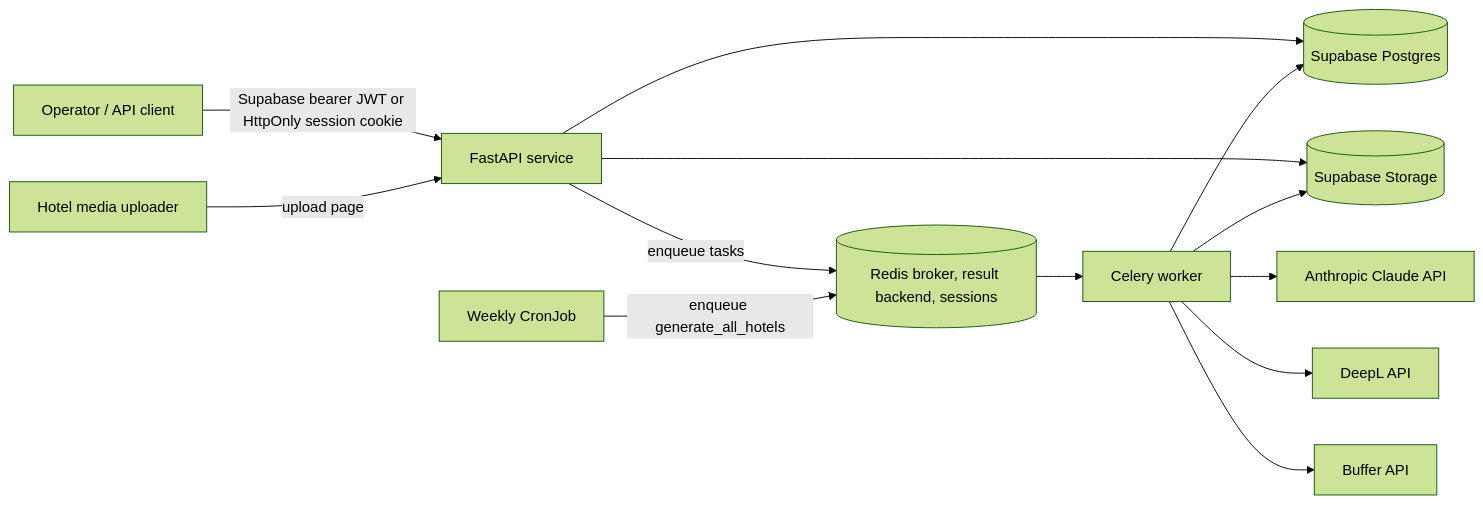
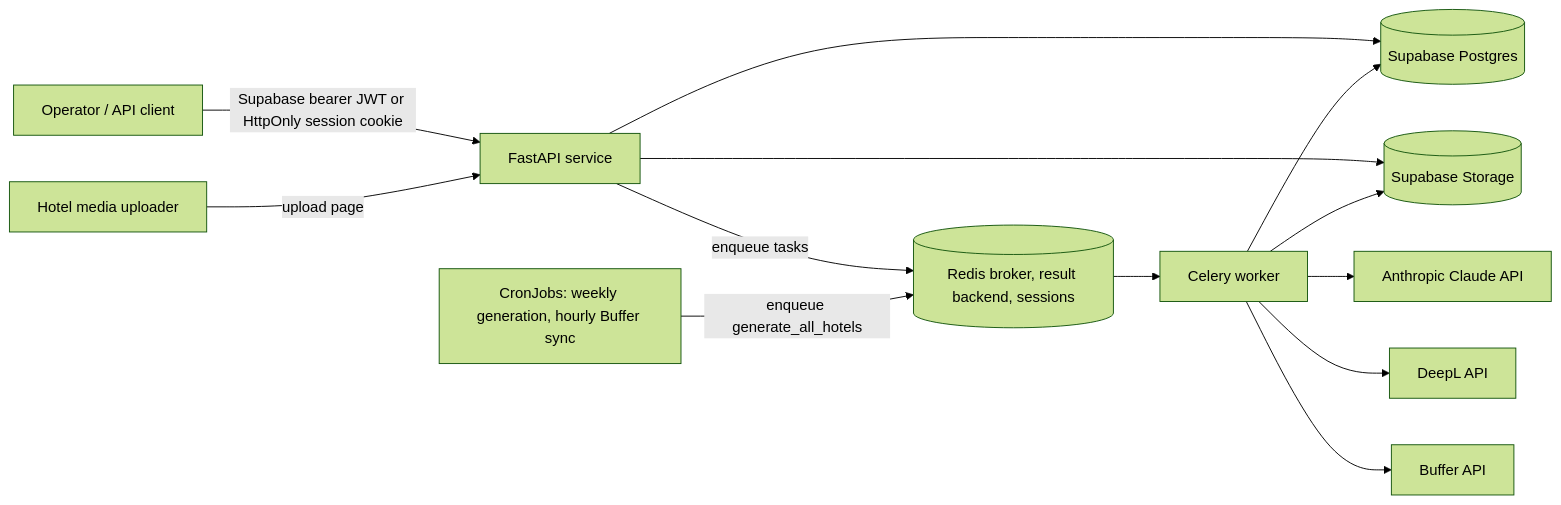
The diagram in apps/postitglobal/docs/ARCHITECTURE.md (easypeasyops/hotel_social_posts), drawn with Mermaid (forest theme) before and after one commit. The commit also changed other lines of this file and 9 other files, not shown here.

First line of the commit message:
publishing: drafts Buffer has sent become published (hourly sync)

````diff
--- a/apps/postitglobal/docs/ARCHITECTURE.md
+++ b/apps/postitglobal/docs/ARCHITECTURE.md
@@ -11,27 +11,27 @@
 ```mermaid
 flowchart LR
     Operator[Operator / API client]
     Guest[Hotel media uploader]
     API[FastAPI service]
     Worker[Celery worker]
     Redis[(Redis broker, result backend, sessions)]
     DB[(Supabase Postgres)]
     Storage[(Supabase Storage)]
     Claude[Anthropic Claude API]
     DeepL[DeepL API]
     Buffer[Buffer API]
-    Cron[Weekly CronJob]
+    Cron[CronJobs: weekly generation, hourly Buffer sync]
 
     Operator -->|Supabase bearer JWT or HttpOnly session cookie| API
     Guest -->|upload page| API
     API --> DB
     API --> Storage
     API -->|enqueue tasks| Redis
     Redis --> Worker
     Worker --> DB
     Worker --> Storage
     Worker --> Claude
     Worker --> DeepL
     Worker --> Buffer
     Cron -->|enqueue generate_all_hotels| Redis
 ```
````
